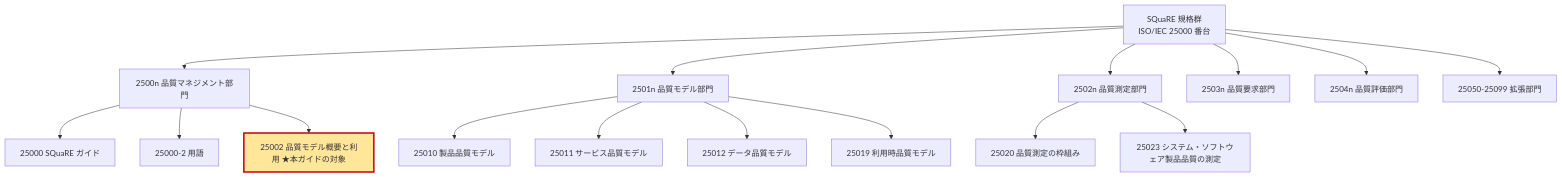
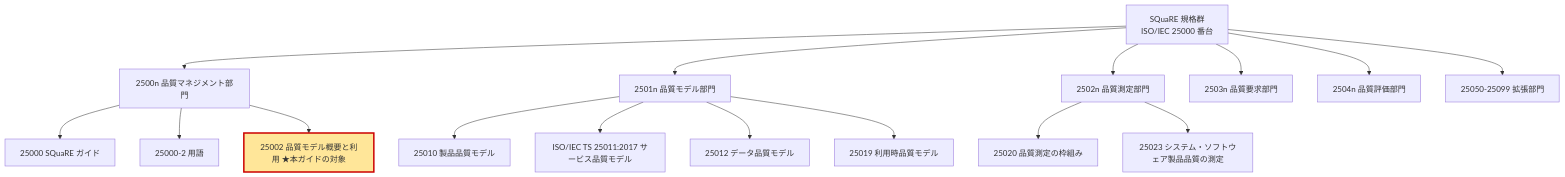
Before and after one commit to myoshi2891/Quality-Assurance-Studies: the second of 10 diagrams in Iso-iec-25002-2024-guide.md, drawn with Mermaid. The commit also changed other lines of this file, not shown here.

Commit message:
docs(iso): ISO/IEC 25002 ガイドの関連規格（TS 25011:2017、25021:2012）の表記と参照を精緻化

````diff
--- a/Iso-iec-25002-2024-guide.md
+++ b/Iso-iec-25002-2024-guide.md
@@ -68,24 +68,24 @@
 ```mermaid
 flowchart TB
     S["SQuaRE 規格群<br/>ISO/IEC 25000 番台"]
     S --> D0["2500n 品質マネジメント部門"]
     S --> D1["2501n 品質モデル部門"]
     S --> D2["2502n 品質測定部門"]
     S --> D3["2503n 品質要求部門"]
     S --> D4["2504n 品質評価部門"]
     S --> D5["25050-25099 拡張部門"]
 
     D0 --> D0a["25000 SQuaRE ガイド"]
     D0 --> D0b["25000-2 用語"]
     D0 --> D0c["25002 品質モデル概要と利用 ★本ガイドの対象"]
 
     D1 --> D1a["25010 製品品質モデル"]
-    D1 --> D1b["25011 サービス品質モデル"]
+    D1 --> D1b["ISO/IEC TS 25011:2017 サービス品質モデル"]
     D1 --> D1c["25012 データ品質モデル"]
     D1 --> D1d["25019 利用時品質モデル"]
 
     D2 --> D2a["25020 品質測定の枠組み"]
     D2 --> D2b["25023 システム・ソフトウェア製品品質の測定"]
 
     style D0c fill:#ffe699,stroke:#c00,stroke-width:3px
 ```
````
